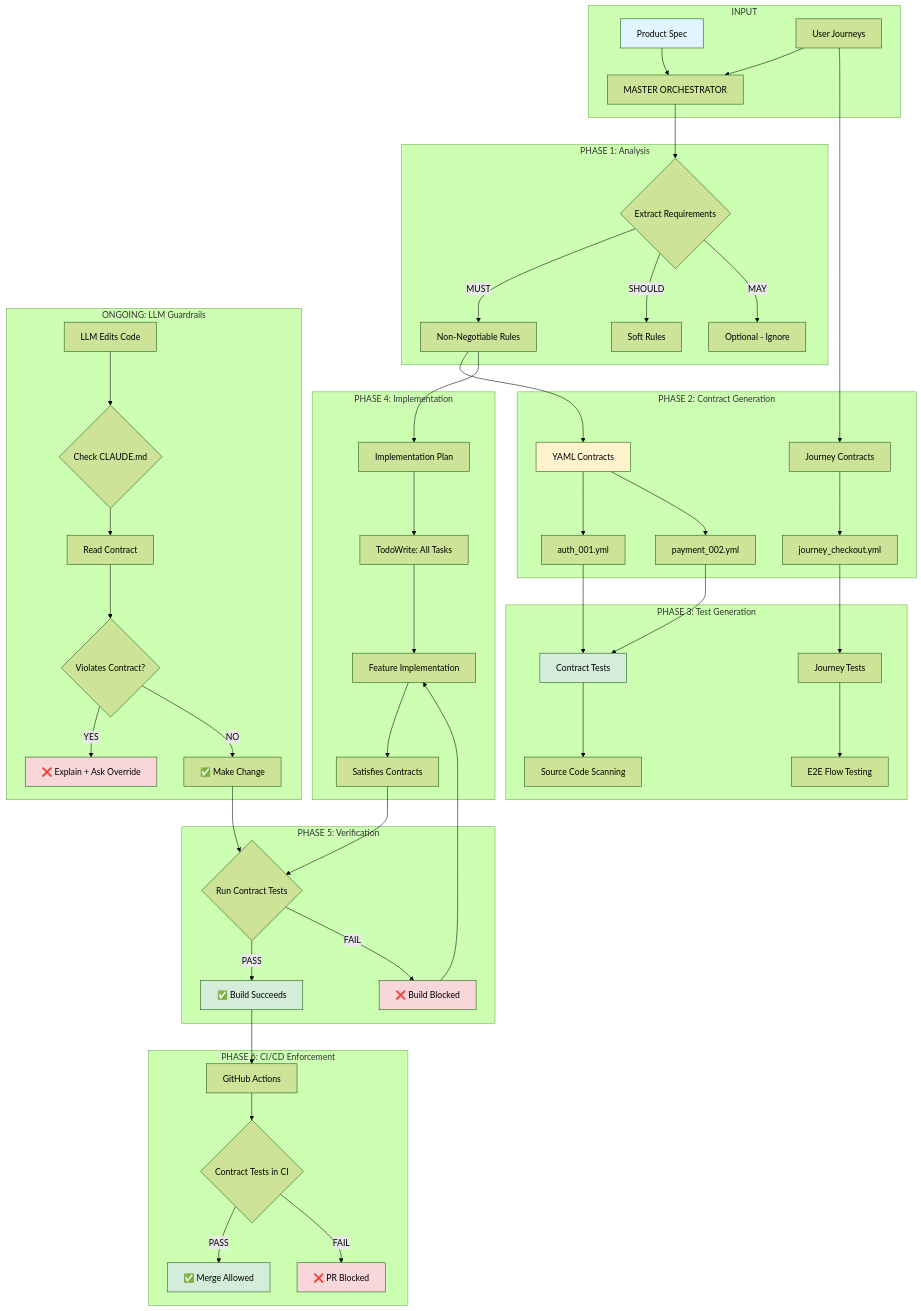
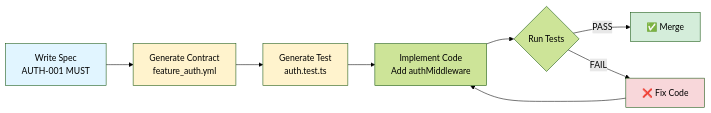
Before and after one commit to Hulupeep/Specflow: the diagram in README.md, drawn with Mermaid (forest theme). The commit also changed other lines of this file and 10 other files, not shown here.

````diff
--- a/README.md
+++ b/README.md
@@ -12,69 +101,16 @@
 ```mermaid
-graph TB
-    subgraph "INPUT"
-        A[Product Spec] --> B[MASTER ORCHESTRATOR]
-        A1[User Journeys] --> B
-    end
-
-    subgraph "PHASE 1: Analysis"
-        B --> C{Extract Requirements}
-        C -->|MUST| D[Non-Negotiable Rules]
-        C -->|SHOULD| E[Soft Rules]
-        C -->|MAY| F[Optional - Ignore]
-    end
-
-    subgraph "PHASE 2: Contract Generation"
-        D --> G[YAML Contracts]
-        A1 --> H[Journey Contracts]
-        G --> I[auth_001.yml]
-        G --> J[payment_002.yml]
-        H --> K[journey_checkout.yml]
-    end
-
-    subgraph "PHASE 3: Test Generation"
-        I --> L[Contract Tests]
-        J --> L
-        K --> M[Journey Tests]
-        L --> N[Source Code Scanning]
-        M --> O[E2E Flow Testing]
-    end
-
-    subgraph "PHASE 4: Implementation"
-        D --> P[Implementation Plan]
-        P --> Q[TodoWrite: All Tasks]
-        Q --> R[Feature Implementation]
-        R --> S[Satisfies Contracts]
-    end
-
-    subgraph "PHASE 5: Verification"
-        S --> T{Run Contract Tests}
-        T -->|PASS| U[✅ Build Succeeds]
-        T -->|FAIL| V[❌ Build Blocked]
-        V --> R
-    end
-
-    subgraph "PHASE 6: CI/CD Enforcement"
-        U --> W[GitHub Actions]
-        W --> X{Contract Tests in CI}
-        X -->|PASS| Y[✅ Merge Allowed]
-        X -->|FAIL| Z[❌ PR Blocked]
-    end
-
-    subgraph "ONGOING: LLM Guardrails"
-        AA[LLM Edits Code] --> AB{Check CLAUDE.md}
-        AB --> AC[Read Contract]
-        AC --> AD{Violates Contract?}
-        AD -->|YES| AE[❌ Explain + Ask Override]
-        AD -->|NO| AF[✅ Make Change]
-        AF --> T
-    end
+graph LR
+    A[Write Spec<br/>AUTH-001 MUST] --> B[Generate Contract<br/>feature_auth.yml]
+    B --> C[Generate Test<br/>auth.test.ts]
+    C --> D[Implement Code<br/>Add authMiddleware]
+    D --> E{Run Tests}
+    E -->|PASS| F[✅ Merge]
+    E -->|FAIL| G[❌ Fix Code]
+    G --> D
 
     style A fill:#e1f5ff
-    style G fill:#fff3cd
-    style L fill:#d4edda
-    style U fill:#d4edda
-    style Y fill:#d4edda
-    style V fill:#f8d7da
-    style Z fill:#f8d7da
-    style AE fill:#f8d7da
+    style B fill:#fff3cd
+    style C fill:#fff3cd
+    style F fill:#d4edda
+    style G fill:#f8d7da
 ```
````
